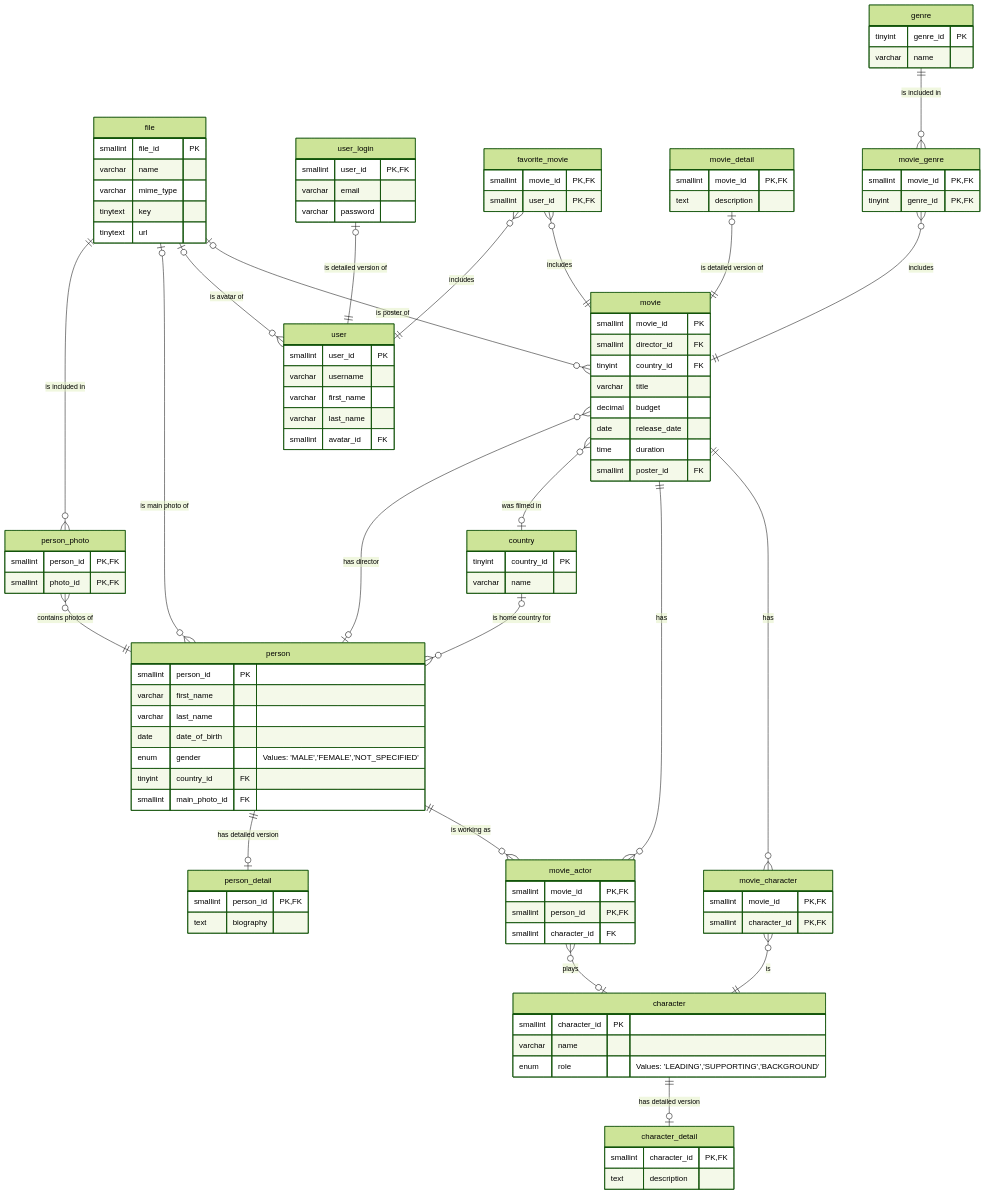
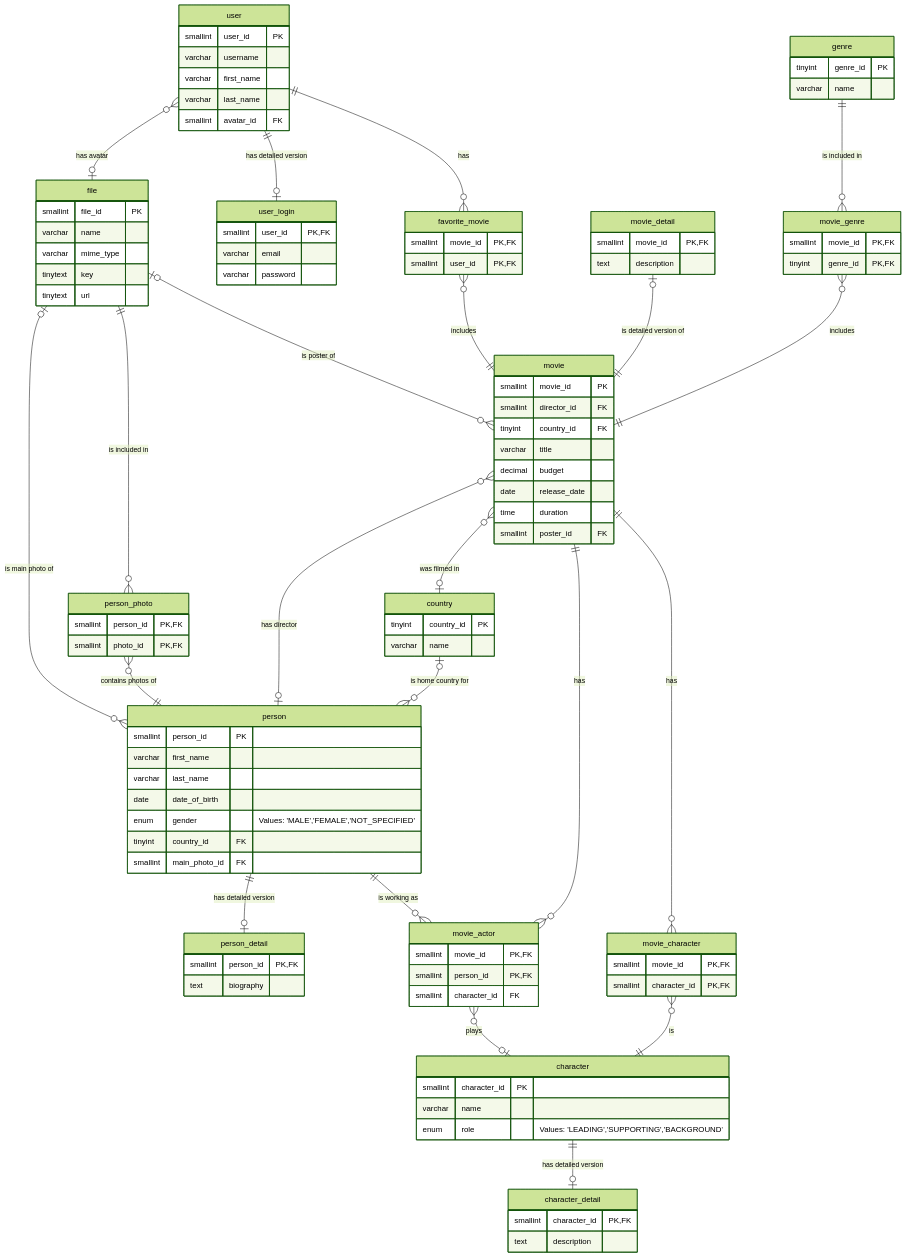
Before and after one commit to o-nedashkivska/movies-db: the diagram in README.md, drawn with Mermaid (forest theme).

Commit message:
feat: change connections

````diff
--- a/README.md
+++ b/README.md
@@ -86,25 +86,25 @@
         smallint movie_id PK, FK
         smallint character_id PK, FK
     }
-    user_login |o--|| user : "is detailed version of"
+    user ||--o| user_login : "has detailed version"
     file ||--o{ person_photo : "is included in"
     file |o--o{ person : "is main photo of"
-    file |o--o{ user : "is avatar of"
     file |o--o{ movie : "is poster of"
+    user }o--o| file : "has avatar"
     person_photo }o--|| person : "contains photos of"
-    favorite_movie }o--|| user : "includes"
+    user ||--o{ favorite_movie : has
     favorite_movie }o--|| movie : "includes"
-    movie_detail |o--|| movie : "is detailed version of"
-    genre ||--o{ movie_genre : "is included in"
-    movie_genre }o--|| movie : "includes"
     person ||--o| person_detail : "has detailed version"
     movie }o--o| person : "has director"
     country |o--o{ person : "is home country for"
     movie }o--o| country : "was filmed in"
-    movie ||--o{ movie_actor : has
     movie ||--o{ movie_character : has
     person ||--o{ movie_actor : "is working as"
+    movie ||--o{ movie_actor : has
     movie_actor }o--o| character : plays
     movie_character }o--|| character : is
     character ||--o| character_detail : "has detailed version"
+    movie_detail |o--|| movie : "is detailed version of"
+    genre ||--o{ movie_genre : "is included in"
+    movie_genre }o--|| movie : includes
 ```
````
